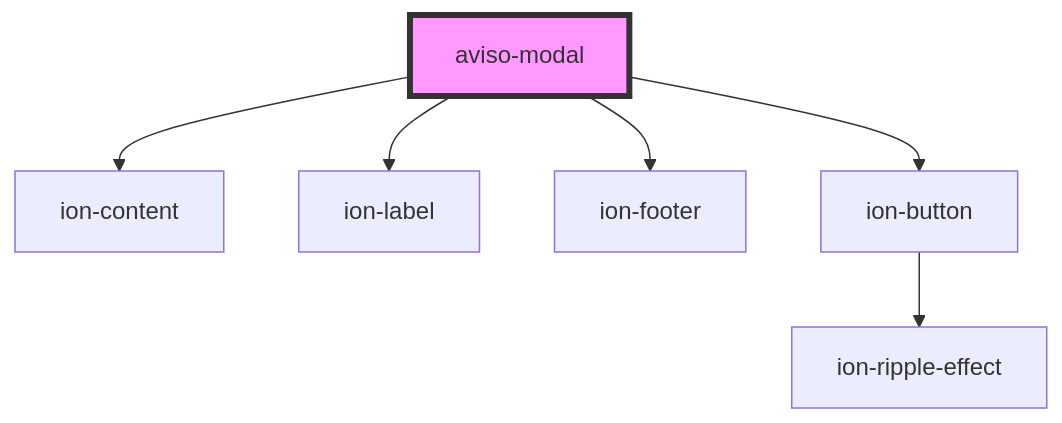
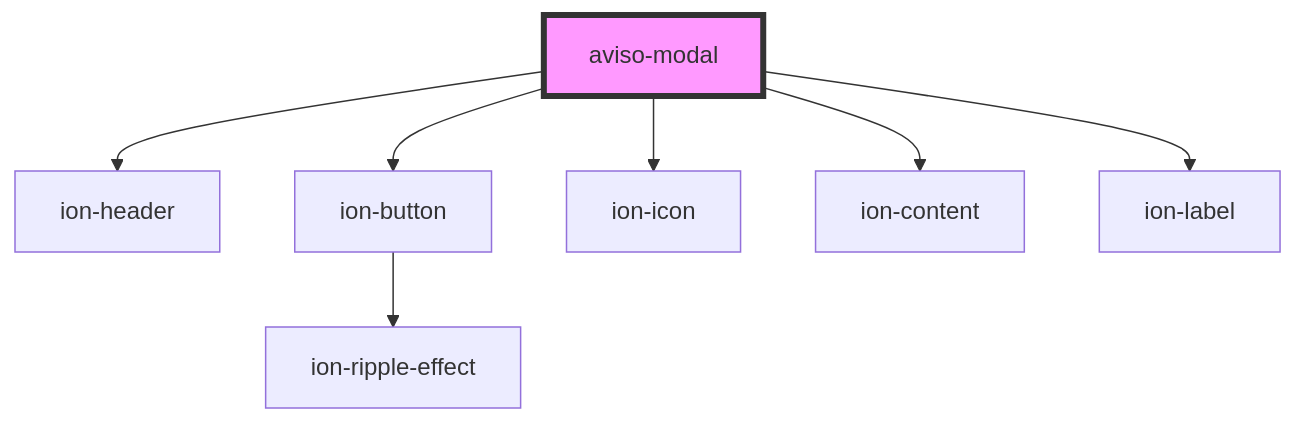
Before and after one commit to MEDGRUPOGIT/ionic-framework-1: the diagram in core/src/components/@templarios/ionic-1-migracao/simulados/aviso-modal/readme.md, drawn with Mermaid. The commit also changed other lines of this file and 11 other files, not shown here.

Commit message:
migração simulados modal aviso

````diff
--- a/core/src/components/@templarios/ionic-1-migracao/simulados/aviso-modal/readme.md
+++ b/core/src/components/@templarios/ionic-1-migracao/simulados/aviso-modal/readme.md
@@ -18,9 +19,10 @@
 ```mermaid
 graph TD;
+  aviso-modal --> ion-header
+  aviso-modal --> ion-button
+  aviso-modal --> ion-icon
   aviso-modal --> ion-content
   aviso-modal --> ion-label
-  aviso-modal --> ion-footer
-  aviso-modal --> ion-button
   ion-button --> ion-ripple-effect
   style aviso-modal fill:#f9f,stroke:#333,stroke-width:4px
 ```
````
